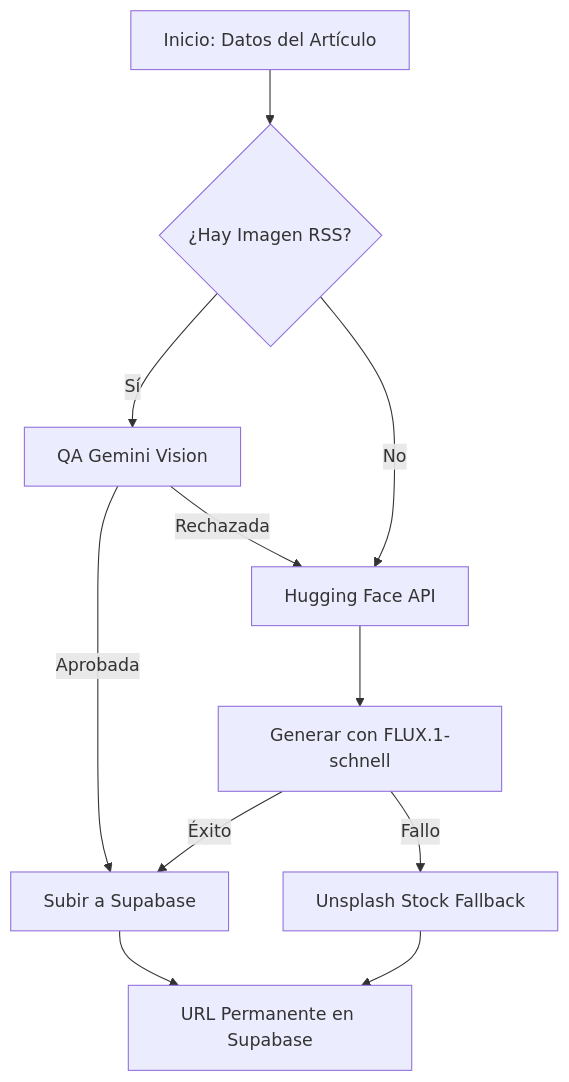
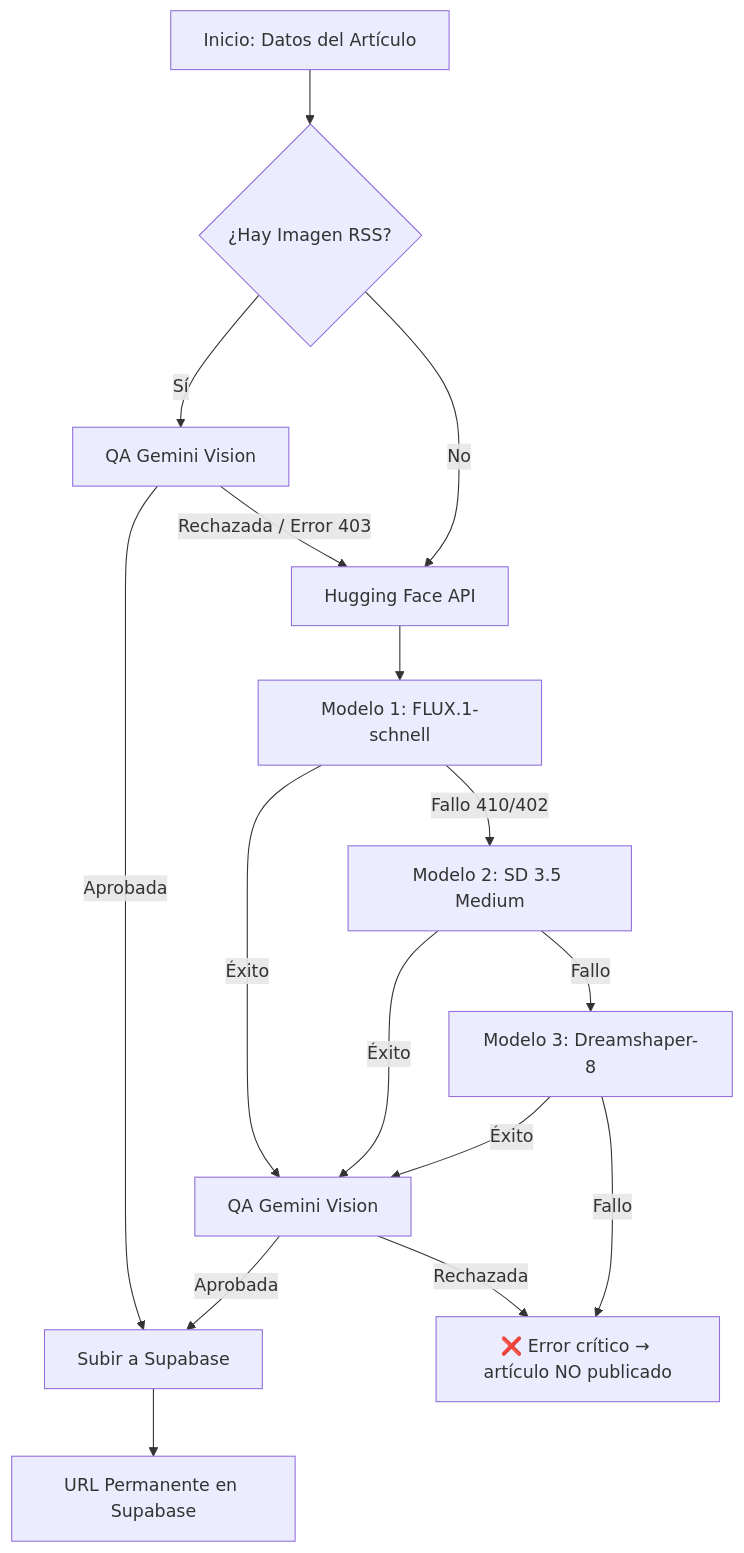
One commit to CarlosEmerito/EmeDotEme changed the second of 2 diagrams in docs/04 - Flujos de Trabajo.md. Above: the diagram before and after it, drawn with Mermaid. The commit also changed other lines of this file and 2 other files, not shown here.

Commit message:
docs: actualizar flujos de imagen, hashtags dinámicos y troubleshooting HF

````diff
--- a/docs/04 - Flujos de Trabajo.md
+++ b/docs/04 - Flujos de Trabajo.md
@@ -67,13 +68,18 @@
 ```mermaid
 graph TD
     A[Inicio: Datos del Artículo] --> B{¿Hay Imagen RSS?}
     B -- Sí --> E[QA Gemini Vision]
     B -- No --> D[Hugging Face API]
     E -- Aprobada --> F[Subir a Supabase]
-    E -- Rechazada --> D
-    D --> I[Generar con FLUX.1-schnell]
-    I -- Éxito --> F
-    I -- Fallo --> K[Unsplash Stock Fallback]
-    K --> L[Imagen Final]
+    E -- Rechazada / Error 403 --> D
+    D --> M1["Modelo 1: FLUX.1-schnell"]
+    M1 -- Éxito --> QA2[QA Gemini Vision]
+    M1 -- Fallo 410/402 --> M2["Modelo 2: SD 3.5 Medium"]
+    M2 -- Éxito --> QA2
+    M2 -- Fallo --> M3["Modelo 3: Dreamshaper-8"]
+    M3 -- Éxito --> QA2
+    M3 -- Fallo --> ERR["❌ Error crítico → artículo NO publicado"]
+    QA2 -- Aprobada --> F
+    QA2 -- Rechazada --> ERR
     F --> L[URL Permanente en Supabase]
 ```
````
